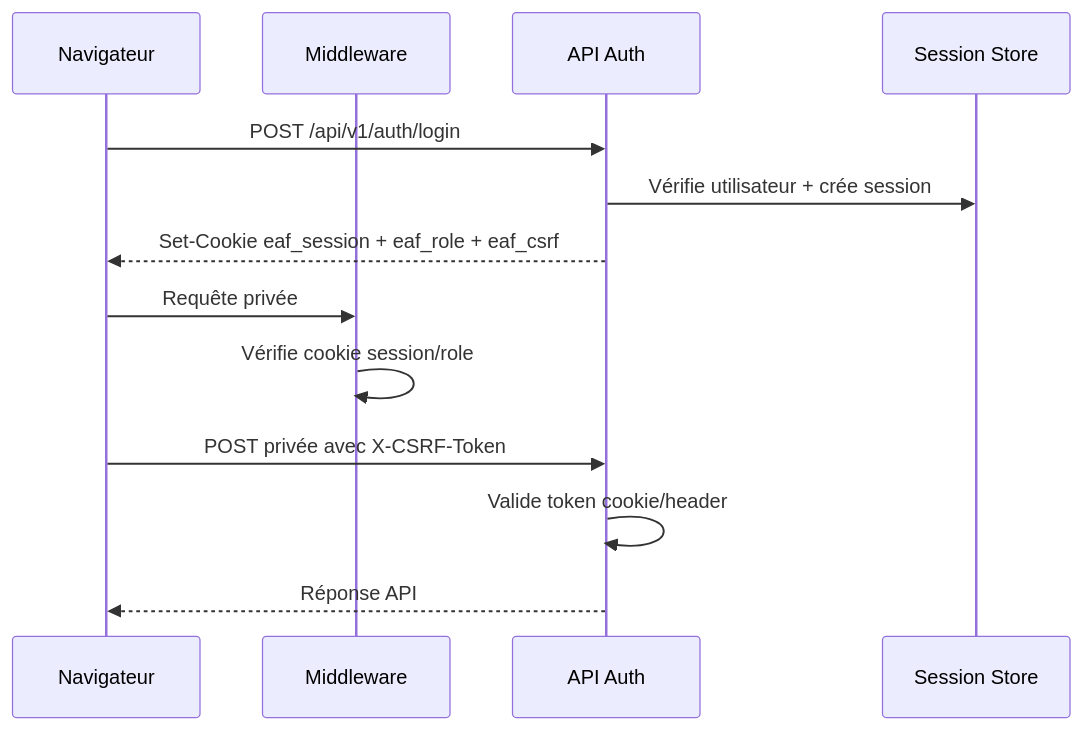
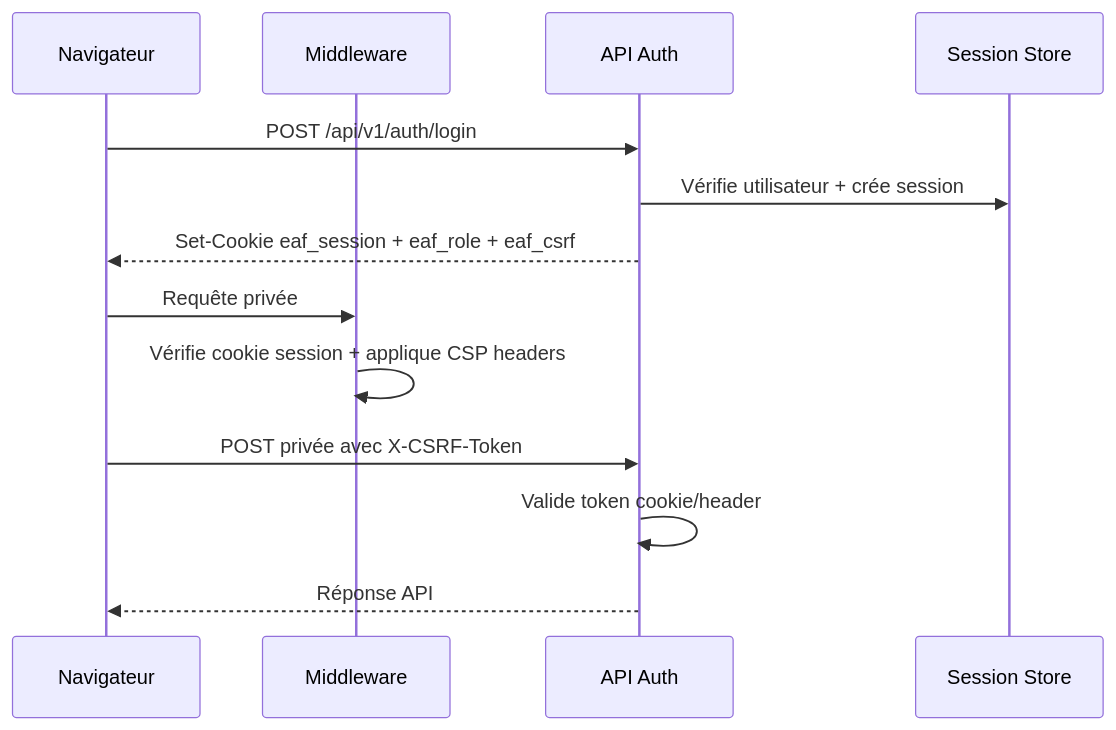
Before and after one commit to cyranoaladin/Plateforme_francais: the first of 3 diagrams in docs/DOCUMENTATION_COMPLETE_PROJET.md, drawn with Mermaid. The commit also changed other lines of this file and 10 other files, not shown here.

````diff
--- a/docs/DOCUMENTATION_COMPLETE_PROJET.md
+++ b/docs/DOCUMENTATION_COMPLETE_PROJET.md
@@ -280,15 +374,15 @@
 ```mermaid
 sequenceDiagram
   participant U as Navigateur
   participant M as Middleware
   participant A as API Auth
   participant S as Session Store
   U->>A: POST /api/v1/auth/login
   A->>S: Vérifie utilisateur + crée session
   A-->>U: Set-Cookie eaf_session + eaf_role + eaf_csrf
   U->>M: Requête privée
-  M->>M: Vérifie cookie session/role
+  M->>M: Vérifie cookie session + applique CSP headers
   U->>A: POST privée avec X-CSRF-Token
   A->>A: Valide token cookie/header
   A-->>U: Réponse API
 ```
````
